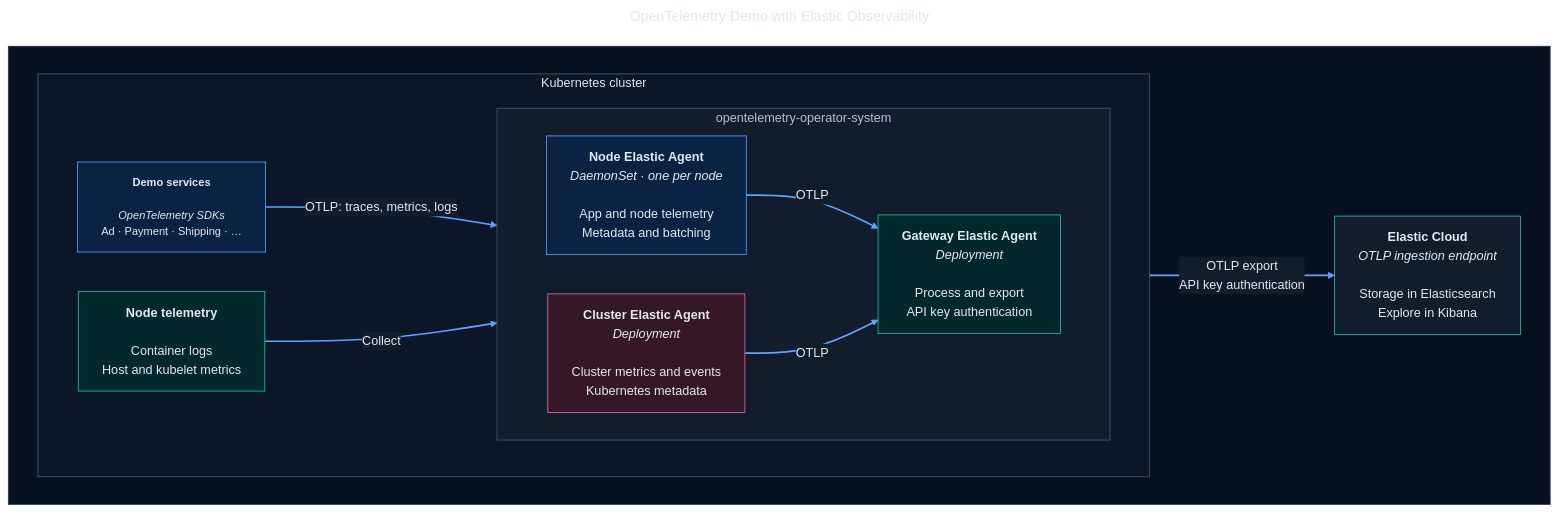
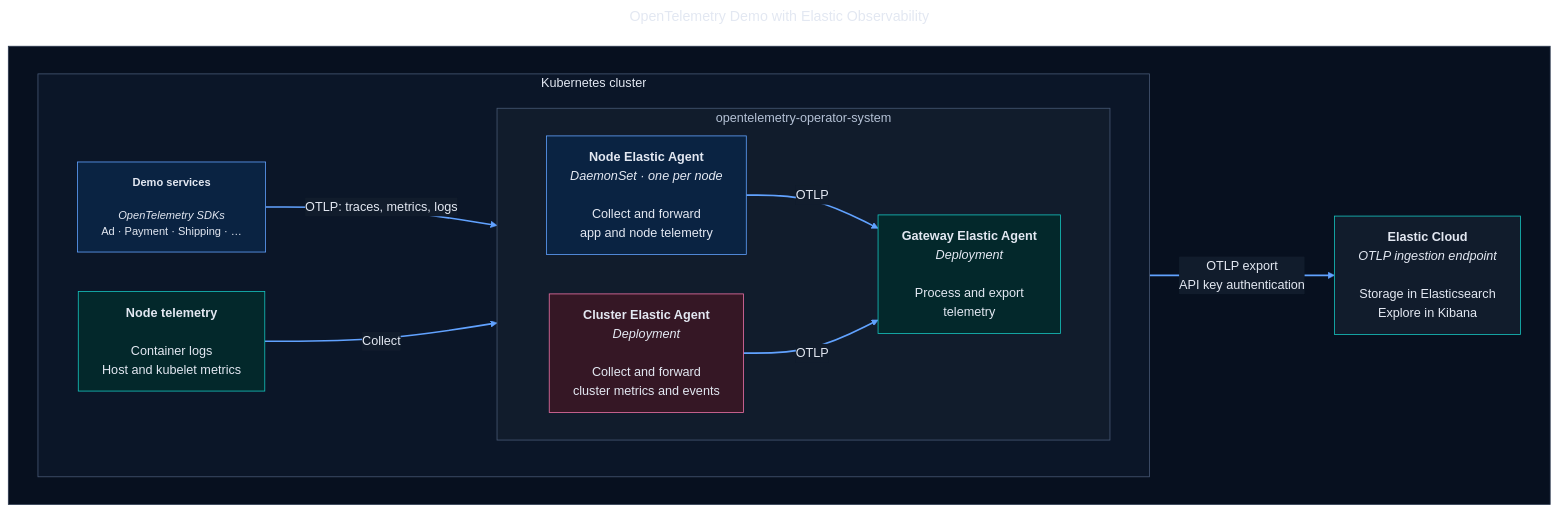
Before and after one commit to osullivandonal/opentelemetry-demo: the fifth of 5 diagrams in .github/README.md, drawn with Mermaid. The commit also changed other lines of this file and 5 other files, not shown here.

````diff
--- a/.github/README.md
+++ b/.github/README.md
@@ -368,53 +372,53 @@
 ```mermaid
 ---
 title: OpenTelemetry Demo with Elastic Observability
 ---
 %%{init: {"theme": "base", "flowchart": {"htmlLabels": true, "titleTopMargin": 24}, "markdownAutoWrap": false, "themeVariables": {"darkMode": true, "fontSize": "16px", "background": "#07101F", "primaryColor": "#0A2342", "primaryTextColor": "#E3E8F2", "primaryBorderColor": "#61A2FF", "lineColor": "#61A2FF", "textColor": "#E3E8F2", "edgeLabelBackground": "#111C2C", "clusterBkg": "#0B1628", "clusterBorder": "#485975"}}}%%
 flowchart LR
     subgraph ARCH[" "]
         direction LR
         subgraph K8S["Kubernetes cluster"]
             direction LR
 
             APP["<b>Demo services</b><br/><br/><i>OpenTelemetry SDKs</i><br/>Ad · Payment · Shipping · …"]
             NODE["<b>Node telemetry</b><br/><br/>Container logs<br/>Host and kubelet metrics"]
 
             subgraph AGENTS["opentelemetry-operator-system"]
                 direction LR
 
-                DAEMON["<b>Node Elastic Agent</b><br/><i>DaemonSet · one per node</i><br/><br/>App and node telemetry<br/>Metadata and batching"]
+                DAEMON["<b>Node Elastic Agent</b><br/><i>DaemonSet · one per node</i><br/><br/>Collect and forward<br/>app and node telemetry"]
 
-                CLUSTER["<b>Cluster Elastic Agent</b><br/><i>Deployment</i><br/><br/>Cluster metrics and events<br/>Kubernetes metadata"]
+                CLUSTER["<b>Cluster Elastic Agent</b><br/><i>Deployment</i><br/><br/>Collect and forward<br/>cluster metrics and events"]
 
-                GATEWAY["<b>Gateway Elastic Agent</b><br/><i>Deployment</i><br/><br/>Process and export<br/>API key authentication"]
+                GATEWAY["<b>Gateway Elastic Agent</b><br/><i>Deployment</i><br/><br/>Process and export<br/>telemetry"]
             end
 
             APP -->|"OTLP: traces, metrics, logs"| DAEMON
             NODE -->|Collect| DAEMON
             DAEMON -->|OTLP| GATEWAY
             CLUSTER -->|OTLP| GATEWAY
         end
 
         CLOUD["<b>Elastic Cloud</b><br/><i>OTLP ingestion endpoint</i><br/><br/>Storage in Elasticsearch<br/>Explore in Kibana"]
         GATEWAY -->|"OTLP export<br/>API key authentication"| CLOUD
 
     end
 
     classDef application fill:#0A2342,stroke:#61A2FF,color:#E3E8F2,font-size:16px
     classDef node fill:#03282B,stroke:#16C5C0,color:#E3E8F2,font-size:16px
     classDef cluster fill:#351725,stroke:#EE72A6,color:#E3E8F2,font-size:16px
     classDef cloud fill:#111C2C,stroke:#16C5C0,color:#E3E8F2,font-size:16px
 
     classDef source font-size:14px
 
     class APP,DAEMON application
     class APP,NODE source
     class NODE,GATEWAY node
     class CLUSTER cluster
     class CLOUD cloud
 
     style ARCH fill:#07101F,stroke:#2B394F,color:#E3E8F2
     style K8S fill:#0B1628,stroke:#485975,color:#E3E8F2
     style AGENTS fill:#111C2C,stroke:#485975,color:#B4C1D5
     linkStyle default stroke:#61A2FF,stroke-width:2px
 ```
````
